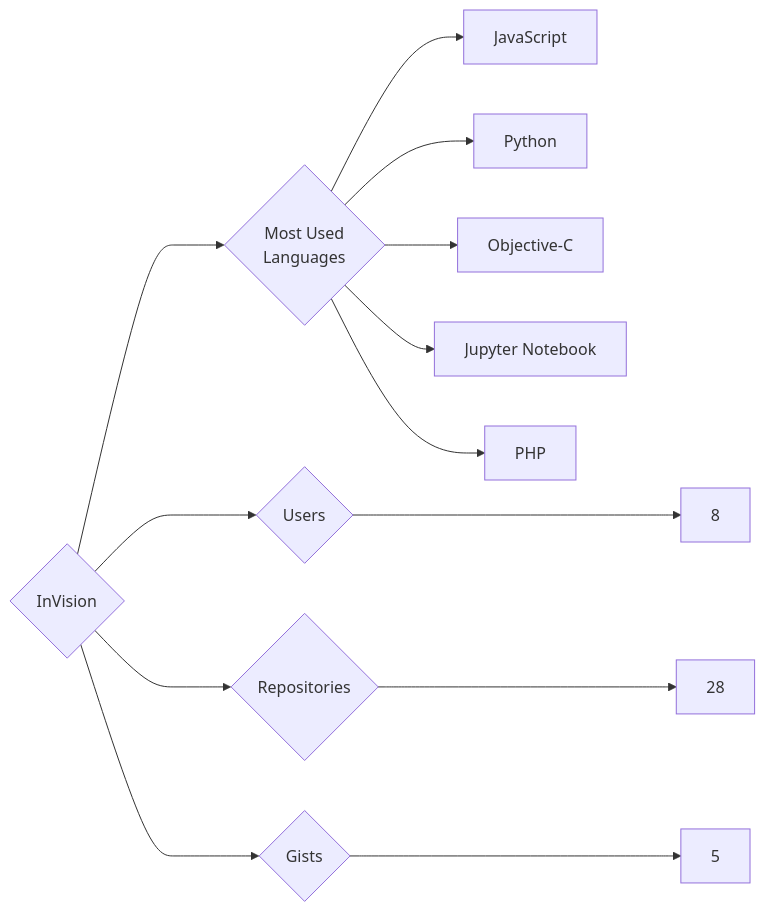
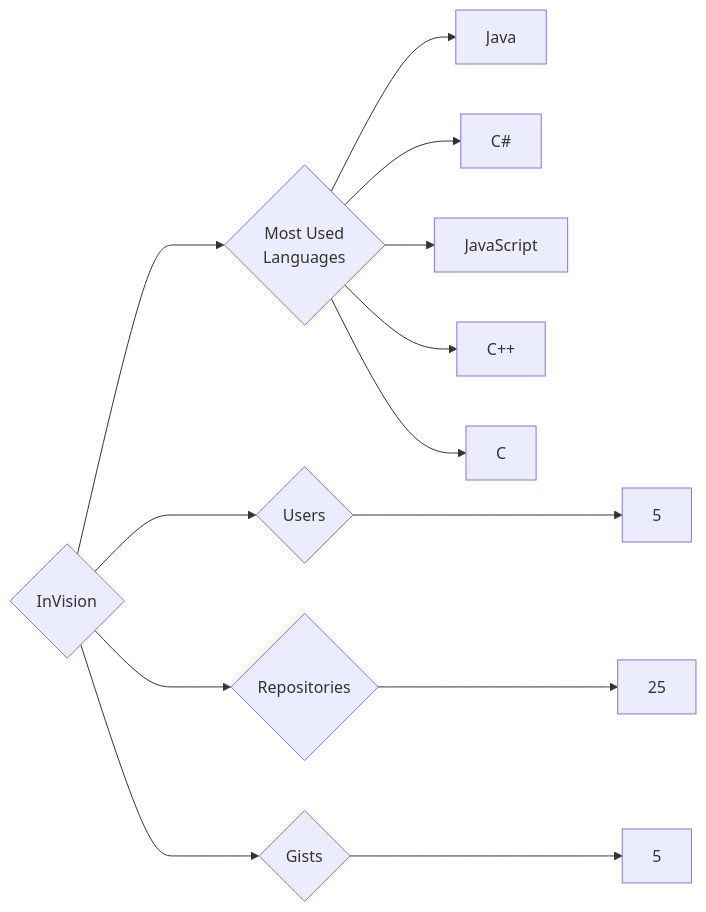
Before and after one commit to trickest/insiders: the diagram in targets/InVision/README.md, drawn with Mermaid. The commit also changed 1123 other files, not shown here.

````diff
--- a/targets/InVision/README.md
+++ b/targets/InVision/README.md
@@ -3,13 +3,13 @@
 ```mermaid
 graph LR
 COMPANY_NAME{InVision}
-COMPANY_NAME ---> U{Users} ---> UN[8]
-COMPANY_NAME ---> R{Repositories} ---> RN[28]
+COMPANY_NAME ---> U{Users} ---> UN[5]
+COMPANY_NAME ---> R{Repositories} ---> RN[25]
 COMPANY_NAME ---> G{Gists} ---> GN[5]
 COMPANY_NAME ---> ML{Most Used<br>Languages}
+ML --> Java[Java]
+ML --> C#[C#]
 ML --> JavaScript[JavaScript]
-ML --> Python[Python]
-ML --> Objective-C[Objective-C]
-ML --> Jupyter_Notebook[Jupyter Notebook]
-ML --> PHP[PHP]
+ML --> C++[C++]
+ML --> C[C]
 ```
````
